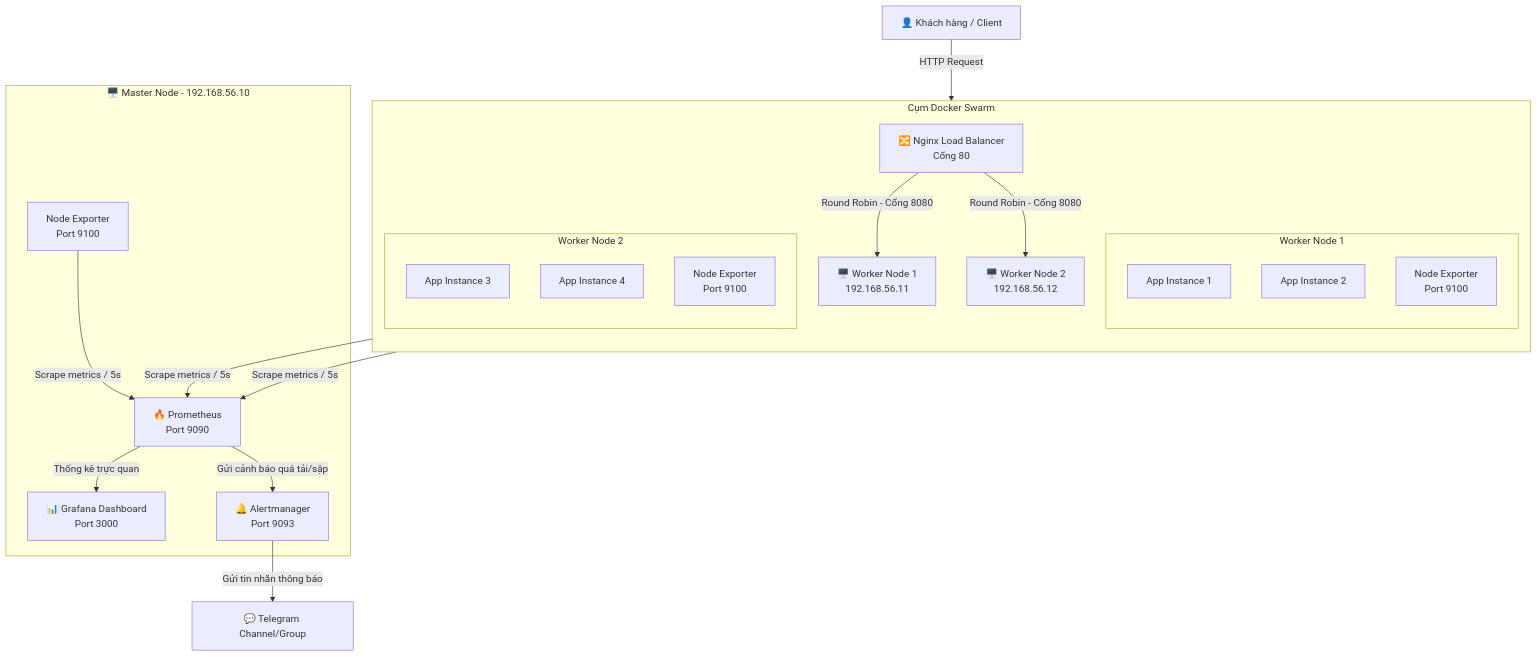
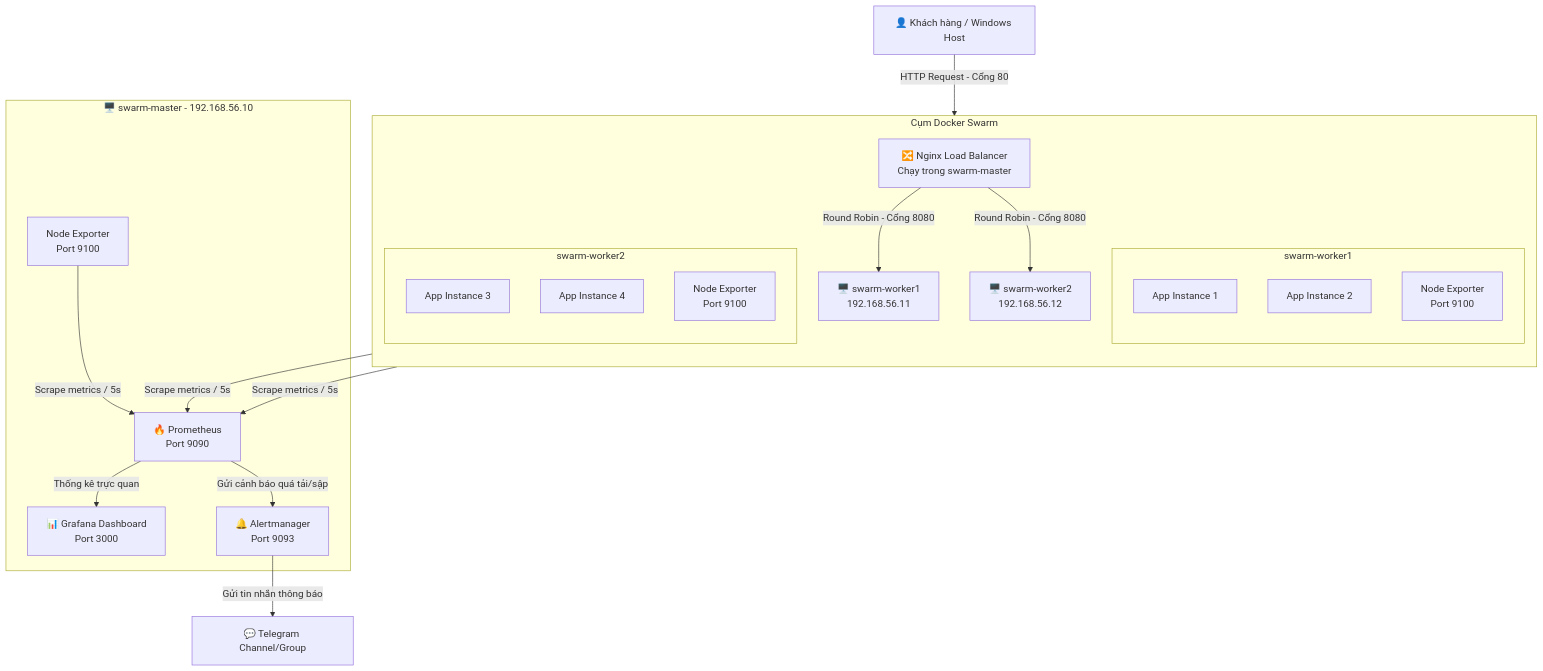
One commit to DucThinhIsMeX/High-Availability-Multi-Node-Cluster-with-Automated-Observability-Pipeline changed the diagram in README.md. Above: the diagram before and after it, drawn with Mermaid. The commit also changed other lines of this file and 2 other files, not shown here.

Commit message:
feat: add Prometheus configuration and update documentation for node metrics scraping

````diff
--- a/README.md
+++ b/README.md
@@ -28,38 +28,38 @@
 ```mermaid
 graph TD
-    Client[👤 Khách hàng / Client] -->|HTTP Request| Nginx[🔀 Nginx Load Balancer <br> Cổng 80]
+    Client[👤 Khách hàng / Windows Host] -->|HTTP Request - Cổng 80| Nginx[🔀 Nginx Load Balancer <br> Chạy trong swarm-master]
     
     subgraph SwarmCluster [Cụm Docker Swarm]
         direction TB
-        Nginx -->|Round Robin - Cổng 8080| Worker1[🖥️ Worker Node 1 <br> 192.168.56.11]
-        Nginx -->|Round Robin - Cổng 8080| Worker2[🖥️ Worker Node 2 <br> 192.168.56.12]
+        Nginx -->|Round Robin - Cổng 8080| Worker1[🖥️ swarm-worker1 <br> 192.168.56.11]
+        Nginx -->|Round Robin - Cổng 8080| Worker2[🖥️ swarm-worker2 <br> 192.168.56.12]
         
-        subgraph Worker1Containers [Worker Node 1]
+        subgraph Worker1Containers [swarm-worker1]
             App1[App Instance 1]
             App2[App Instance 2]
             NE1[Node Exporter <br> Port 9100]
         end
         
-        subgraph Worker2Containers [Worker Node 2]
+        subgraph Worker2Containers [swarm-worker2]
             App3[App Instance 3]
             App4[App Instance 4]
             NE2[Node Exporter <br> Port 9100]
         end
     end
     
-    subgraph MasterNode [🖥️ Master Node - 192.168.56.10]
+    subgraph MasterNode [🖥️ swarm-master - 192.168.56.10]
         Prom[🔥 Prometheus <br> Port 9090]
         Grafana[📊 Grafana Dashboard <br> Port 3000]
         AM[🔔 Alertmanager <br> Port 9093]
         NE_Master[Node Exporter <br> Port 9100]
     end
 
     NE1 -->|Scrape metrics / 5s| Prom
     NE2 -->|Scrape metrics / 5s| Prom
     NE_Master -->|Scrape metrics / 5s| Prom
     
     Prom -->|Thống kê trực quan| Grafana
     Prom -->|Gửi cảnh báo quá tải/sập| AM
     
     AM -->|Gửi tin nhắn thông báo| Telegram[💬 Telegram Channel/Group]
 ```
````
